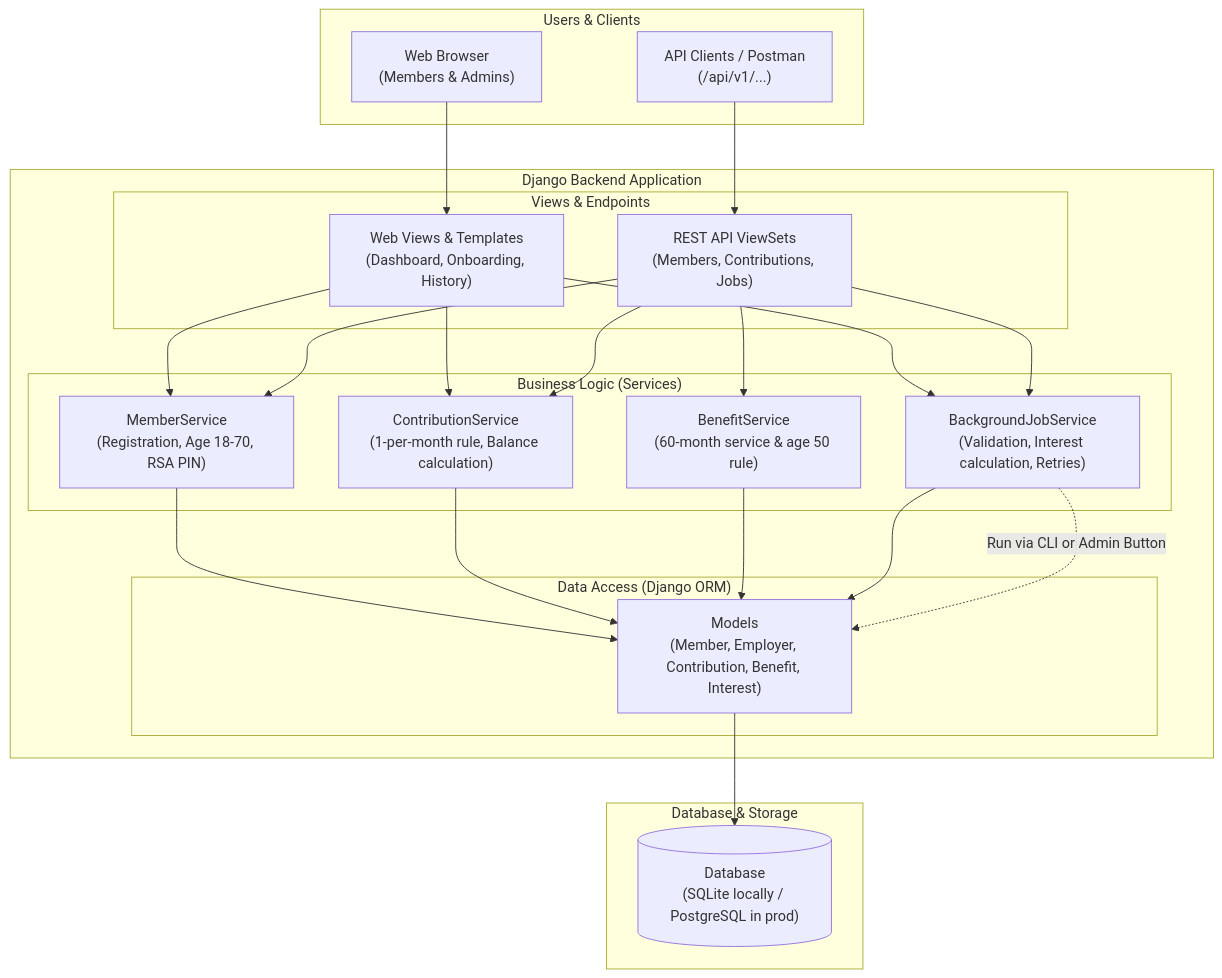
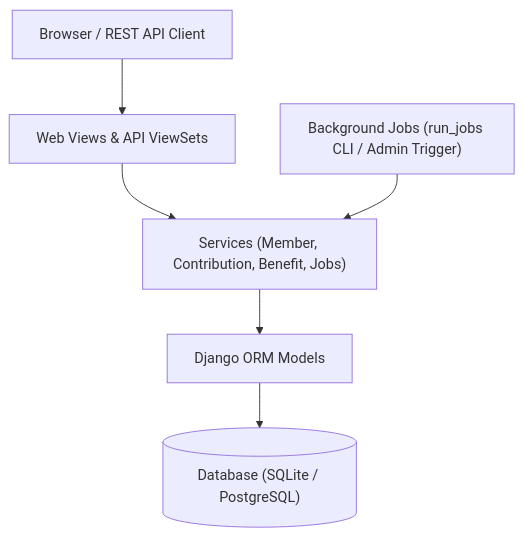
One commit to victorquadri123/pension-contribution-management-system changed the first of 7 diagrams in SYSTEM_DESIGN.md. Above: the diagram before and after it, drawn with Mermaid. The commit also changed other lines of this file, not shown here.

````diff
--- a/SYSTEM_DESIGN.md
+++ b/SYSTEM_DESIGN.md
@@ -19,51 +16,10 @@
 ```mermaid
 flowchart TD
-    subgraph Clients["Users & Clients"]
-        WebUser["Web Browser\n(Members & Admins)"]
-        APIClient["API Clients / Postman\n(/api/v1/...)"]
-    end
-
-    subgraph DjangoApp["Django Backend Application"]
-        subgraph WebLayer["Views & Endpoints"]
-            Views["Web Views & Templates\n(Dashboard, Onboarding, History)"]
-            API["REST API ViewSets\n(Members, Contributions, Jobs)"]
-        end
-
-        subgraph ServiceLayer["Business Logic (Services)"]
-            MemberSvc["MemberService\n(Registration, Age 18-70, RSA PIN)"]
-            ContribSvc["ContributionService\n(1-per-month rule, Balance calculation)"]
-            BenefitSvc["BenefitService\n(60-month service & age 50 rule)"]
-            JobSvc["BackgroundJobService\n(Validation, Interest calculation, Retries)"]
-        end
-
-        subgraph ModelLayer["Data Access (Django ORM)"]
-            Models["Models\n(Member, Employer, Contribution, Benefit, Interest)"]
-        end
-    end
-
-    subgraph DataStore["Database & Storage"]
-        DB[("Database\n(SQLite locally / PostgreSQL in prod)")]
-    end
-
-    WebUser --> Views
-    APIClient --> API
-
-    Views --> MemberSvc
-    Views --> ContribSvc
-    Views --> JobSvc
-
-    API --> MemberSvc
-    API --> ContribSvc
-    API --> BenefitSvc
-    API --> JobSvc
-
-    MemberSvc --> Models
-    ContribSvc --> Models
-    BenefitSvc --> Models
-    JobSvc --> Models
-
-    Models --> DB
-
-    %% Async/Background Job Flow
-    JobSvc -.->|Run via CLI or Admin Button| Models
+    Client["Browser / REST API Client"] --> WebLayer["Web Views & API ViewSets"]
+    WebLayer --> ServiceLayer["Services (Member, Contribution, Benefit, Jobs)"]
+    ServiceLayer --> ORM["Django ORM Models"]
+    ORM --> DB[("Database (SQLite / PostgreSQL)")]
+    
+    %% Background tasks
+    Jobs["Background Jobs (run_jobs CLI / Admin Trigger)"] --> ServiceLayer
 ```
````
